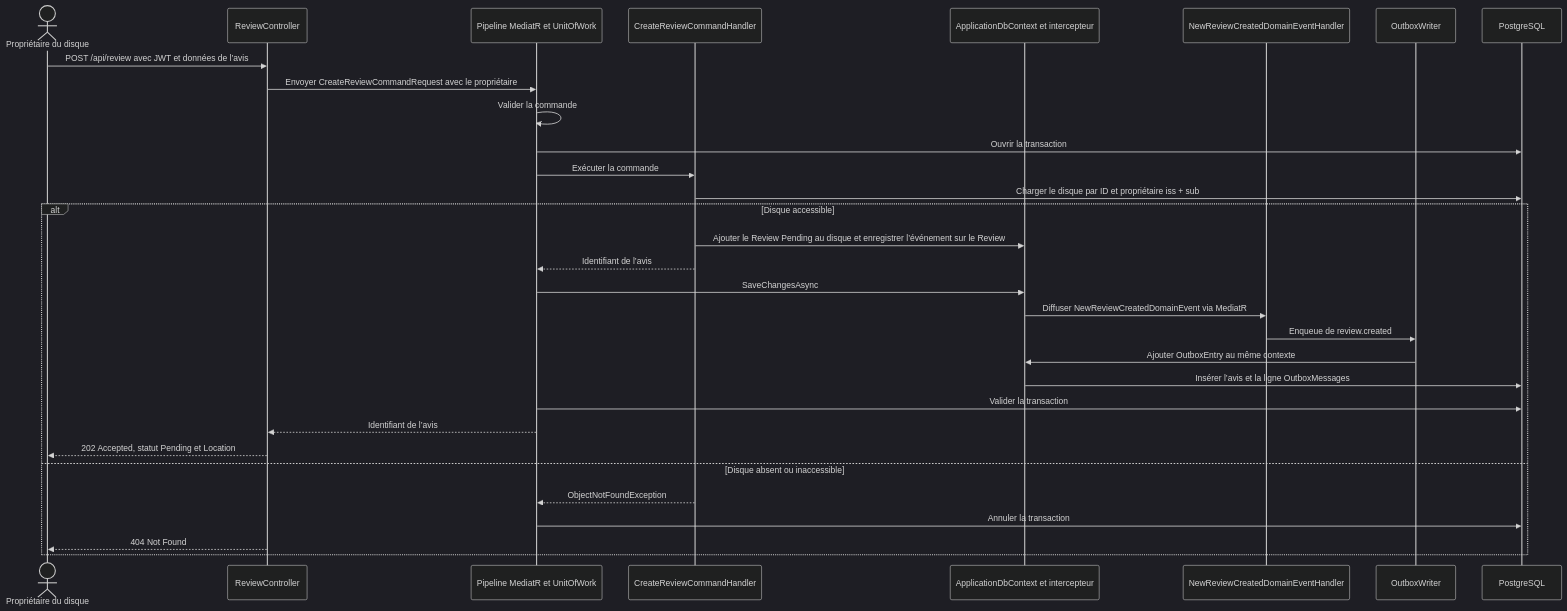
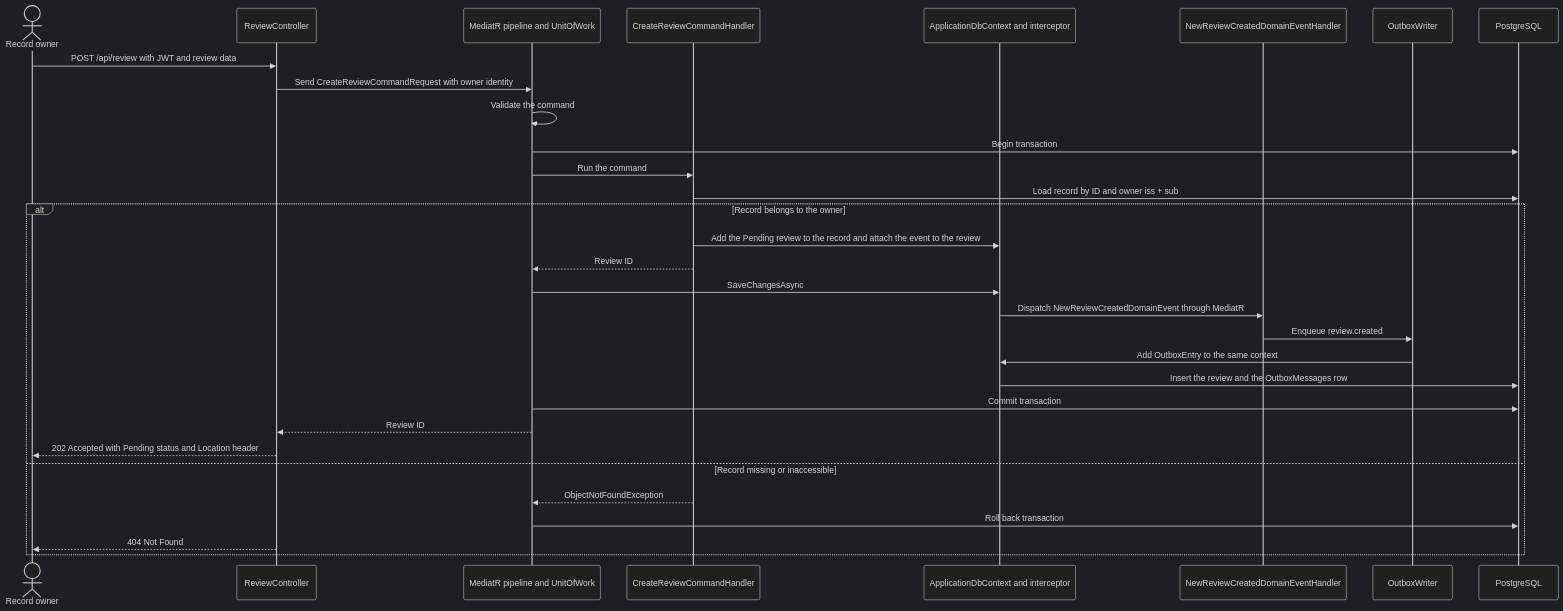
The second of 7 diagrams in docs/WORKER.md (Fabian-Raeskinet/mydisk-api), drawn with Mermaid (dark theme) before and after one commit. The commit also changed other lines of this file and 5 other files, not shown here.

Commit message:
update documentation: rename use cases file and translate architecture content to English

````diff
--- a/docs/WORKER.md
+++ b/docs/WORKER.md
@@ -46,34 +46,34 @@
 ```mermaid
 sequenceDiagram
-    actor U as Propriétaire du disque
+    actor U as Record owner
     participant API as ReviewController
-    participant P as Pipeline MediatR et UnitOfWork
+    participant P as MediatR pipeline and UnitOfWork
     participant H as CreateReviewCommandHandler
-    participant EF as ApplicationDbContext et intercepteur
+    participant EF as ApplicationDbContext and interceptor
     participant E as NewReviewCreatedDomainEventHandler
     participant O as OutboxWriter
     participant DB as PostgreSQL
 
-    U->>API: POST /api/review avec JWT et données de l’avis
-    API->>P: Envoyer CreateReviewCommandRequest avec le propriétaire
-    P->>P: Valider la commande
-    P->>DB: Ouvrir la transaction
-    P->>H: Exécuter la commande
-    H->>DB: Charger le disque par ID et propriétaire iss + sub
-    alt Disque accessible
-        H->>EF: Ajouter le Review Pending au disque et enregistrer l’événement sur le Review
-        H-->>P: Identifiant de l’avis
+    U->>API: POST /api/review with JWT and review data
+    API->>P: Send CreateReviewCommandRequest with owner identity
+    P->>P: Validate the command
+    P->>DB: Begin transaction
+    P->>H: Run the command
+    H->>DB: Load record by ID and owner iss + sub
+    alt Record belongs to the owner
+        H->>EF: Add the Pending review to the record and attach the event to the review
+        H-->>P: Review ID
         P->>EF: SaveChangesAsync
-        EF->>E: Diffuser NewReviewCreatedDomainEvent via MediatR
-        E->>O: Enqueue de review.created
-        O->>EF: Ajouter OutboxEntry au même contexte
-        EF->>DB: Insérer l’avis et la ligne OutboxMessages
-        P->>DB: Valider la transaction
-        P-->>API: Identifiant de l’avis
-        API-->>U: 202 Accepted, statut Pending et Location
-    else Disque absent ou inaccessible
+        EF->>E: Dispatch NewReviewCreatedDomainEvent through MediatR
+        E->>O: Enqueue review.created
+        O->>EF: Add OutboxEntry to the same context
+        EF->>DB: Insert the review and the OutboxMessages row
+        P->>DB: Commit transaction
+        P-->>API: Review ID
+        API-->>U: 202 Accepted with Pending status and Location header
+    else Record missing or inaccessible
         H-->>P: ObjectNotFoundException
-        P->>DB: Annuler la transaction
+        P->>DB: Roll back transaction
         API-->>U: 404 Not Found
     end
 ```
````
